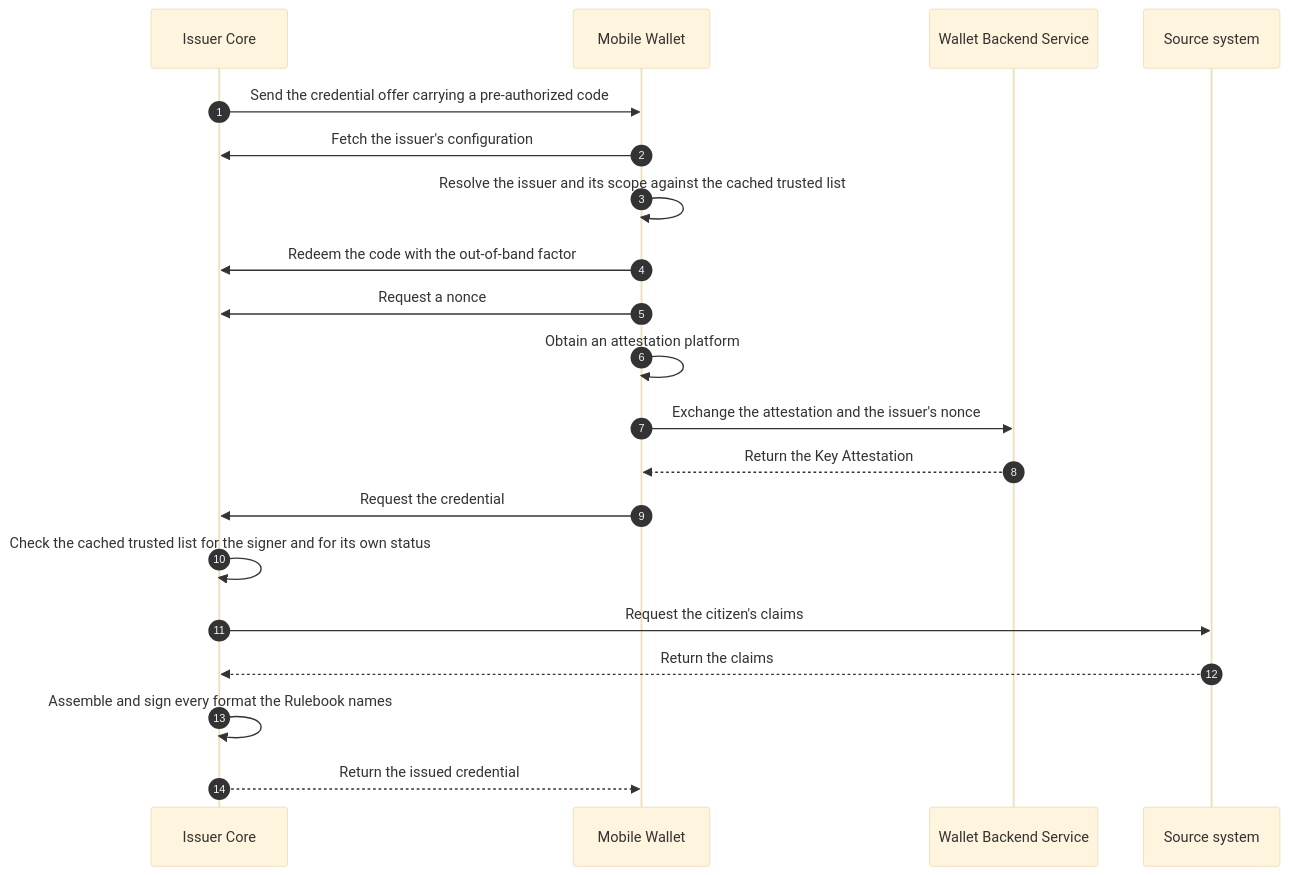
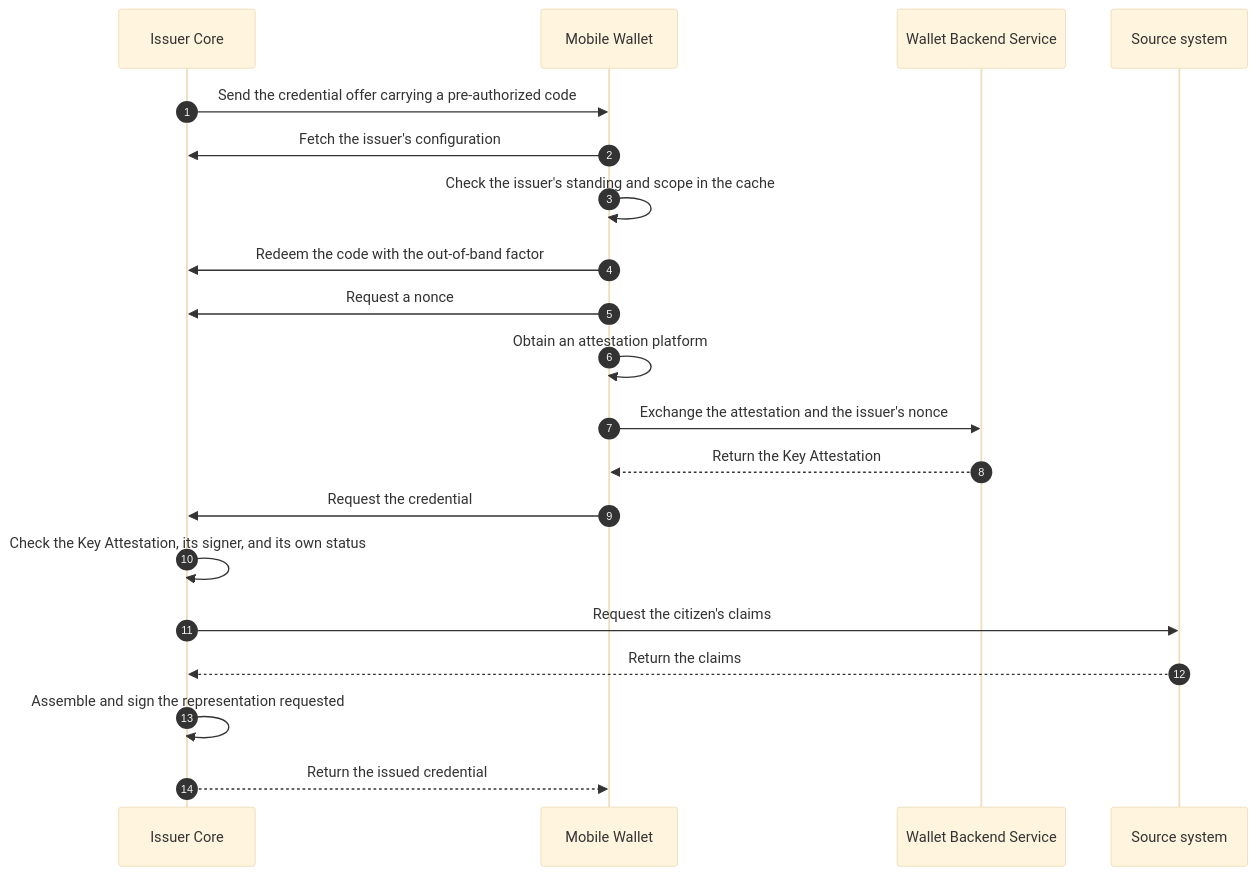
Before and after one commit to id-verifiable-credential-dev/id-doc-idctf: the eighth of 14 diagrams in docs/architecture-framework/high-level-architecture/flows-per-use-case.md, drawn with Mermaid (base theme). The commit also changed other lines of this file and 158 other files, not shown here.

````diff
--- a/docs/architecture-framework/high-level-architecture/flows-per-use-case.md
+++ b/docs/architecture-framework/high-level-architecture/flows-per-use-case.md
@@ -622,22 +707,22 @@
 ```mermaid
 sequenceDiagram
     autonumber
     participant IC as Issuer Core
     participant MW as Mobile Wallet
     participant WBS as Wallet Backend Service
     participant SS as Source system
     IC->>MW: Send the credential offer carrying a pre-authorized code
     MW->>IC: Fetch the issuer's configuration
-    MW->>MW: Resolve the issuer and its scope against the cached trusted list
+    MW->>MW: Check the issuer's standing and scope in the cache
     MW->>IC: Redeem the code with the out-of-band factor
     MW->>IC: Request a nonce
     MW->>MW: Obtain an attestation platform
     MW->>WBS: Exchange the attestation and the issuer's nonce
     WBS-->>MW: Return the Key Attestation
     MW->>IC: Request the credential
-    IC->>IC: Check the cached trusted list for the signer and for its own status
+    IC->>IC: Check the Key Attestation, its signer, and its own status
     IC->>SS: Request the citizen's claims
     SS-->>IC: Return the claims
-    IC->>IC: Assemble and sign every format the Rulebook names
+    IC->>IC: Assemble and sign the representation requested
     IC-->>MW: Return the issued credential
 ```
````
